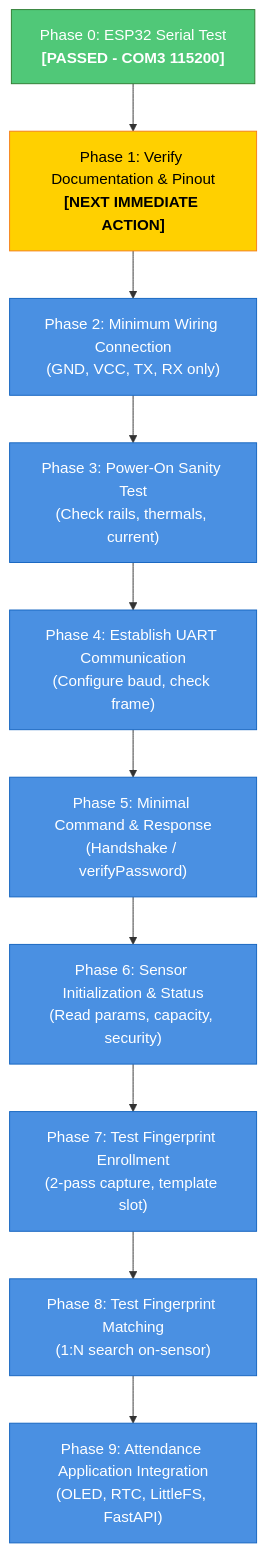
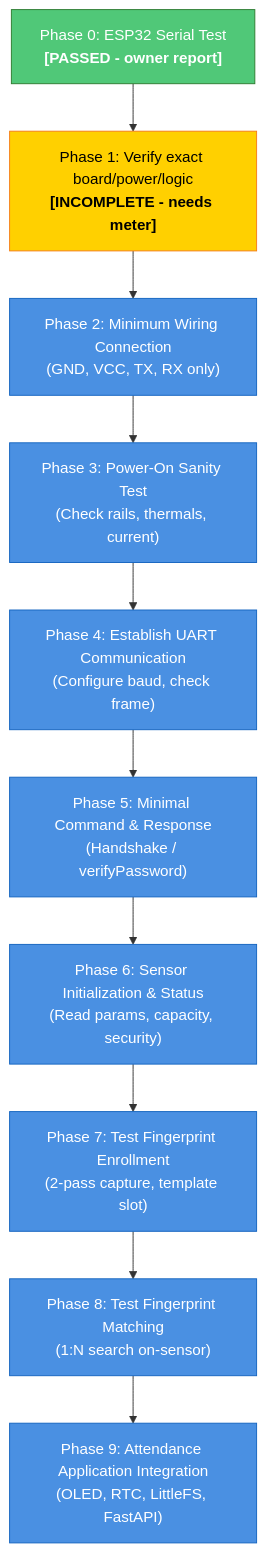
One commit to Wireshreck/biometric-attendance changed the diagram in docs/r307s-integration-plan.md. Above: the diagram before and after it, drawn with Mermaid. The commit also changed other lines of this file and 59 other files, not shown here.

````diff
--- a/docs/r307s-integration-plan.md
+++ b/docs/r307s-integration-plan.md
@@ -104,23 +104,23 @@
 ```mermaid
 flowchart TD
-    P0["Phase 0: ESP32 Serial Test<br/><b>[PASSED - COM3 115200]</b>"] --> P1["Phase 1: Verify Documentation & Pinout<br/><b>[NEXT IMMEDIATE ACTION]</b>"]
+    P0["Phase 0: ESP32 Serial Test<br/><b>[PASSED - owner report]</b>"] --> P1["Phase 1: Verify exact board/power/logic<br/><b>[INCOMPLETE - needs meter]</b>"]
     P1 --> P2["Phase 2: Minimum Wiring Connection<br/>(GND, VCC, TX, RX only)"]
     P2 --> P3["Phase 3: Power-On Sanity Test<br/>(Check rails, thermals, current)"]
     P3 --> P4["Phase 4: Establish UART Communication<br/>(Configure baud, check frame)"]
     P4 --> P5["Phase 5: Minimal Command & Response<br/>(Handshake / verifyPassword)"]
     P5 --> P6["Phase 6: Sensor Initialization & Status<br/>(Read params, capacity, security)"]
     P6 --> P7["Phase 7: Test Fingerprint Enrollment<br/>(2-pass capture, template slot)"]
     P7 --> P8["Phase 8: Test Fingerprint Matching<br/>(1:N search on-sensor)"]
     P8 --> P9["Phase 9: Attendance Application Integration<br/>(OLED, RTC, LittleFS, FastAPI)"]
 
     style P0 fill:#50C878,stroke:#2E7D32,color:#FFFFFF
     style P1 fill:#FFD000,stroke:#F57F17,color:#000000
     style P2 fill:#4A90E2,stroke:#1565C0,color:#FFFFFF
     style P3 fill:#4A90E2,stroke:#1565C0,color:#FFFFFF
     style P4 fill:#4A90E2,stroke:#1565C0,color:#FFFFFF
     style P5 fill:#4A90E2,stroke:#1565C0,color:#FFFFFF
     style P6 fill:#4A90E2,stroke:#1565C0,color:#FFFFFF
     style P7 fill:#4A90E2,stroke:#1565C0,color:#FFFFFF
     style P8 fill:#4A90E2,stroke:#1565C0,color:#FFFFFF
     style P9 fill:#4A90E2,stroke:#1565C0,color:#FFFFFF
 ```
````
